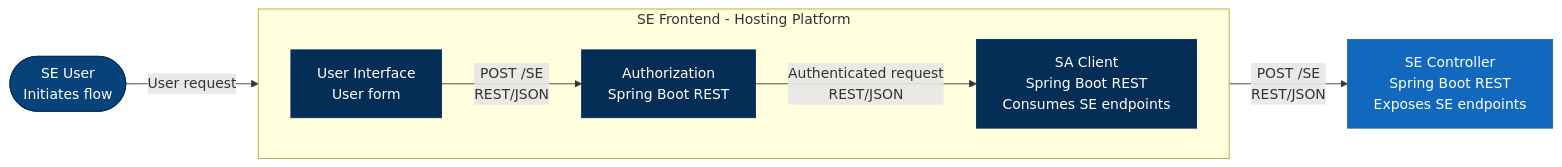
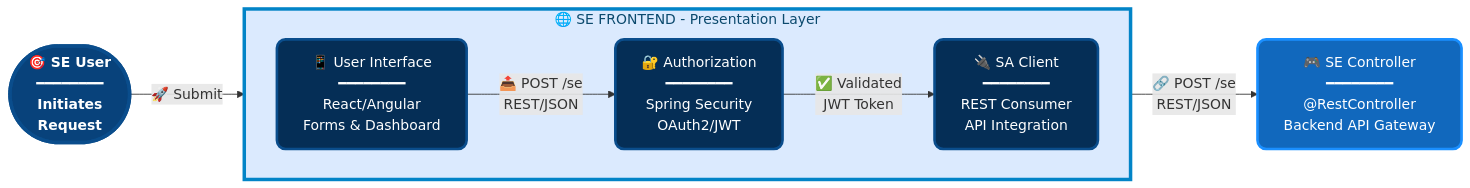
Before and after one commit to tijapavicic/chronos: the diagram in docs/mermaid/se-frontend-flow.mmd, drawn with Mermaid. The commit also changed 3 other files, not shown here.

Commit message:
change subgraph background in mermaid flow diagram

```diff
--- a/docs/mermaid/se-frontend-flow.mmd
+++ b/docs/mermaid/se-frontend-flow.mmd
@@ -1,25 +1,42 @@
 flowchart LR
-%% Define styles
-    classDef frontendPallete fill: #052E56, stroke: #052e56, color: #fff
-    classDef personSe fill: #08427b, stroke: #052e56, color: #fff
-    classDef container fill: #1168bd, stroke: #226984, color: #fff
+%% ============================================================================
+%% SE FRONTEND DETAILED VIEW - LANDSCAPE LAYOUT
+%% ============================================================================
+%% Professional styling with emoji icons and modern design
+%% ============================================================================
 
-%% User
-    user([SE User<br/>Initiates flow]):::personSe
+%% Define professional color palette
+    classDef frontendPallete fill:#052E56,stroke:#0a4d8c,stroke-width:3px,color:#fff,rx:10,ry:10
+    classDef personSe fill:#08427b,stroke:#0a4d8c,stroke-width:4px,color:#fff,rx:15,ry:15,font-weight:bold
+    classDef container fill:#1168bd,stroke:#1a8fff,stroke-width:3px,color:#fff,rx:10,ry:10
 
-%% Frontend Subgraph in Landscape
-    subgraph seFrontend["SE Frontend - Hosting Platform"]
+%% ============================================================================
+%% USER ACTOR
+%% ============================================================================
+    user([🎯 SE User<br/>━━━━━━━━<br/>Initiates<br/>Request]):::personSe
+
+%% ============================================================================
+%% FRONTEND COMPONENTS - LANDSCAPE LAYOUT
+%% ============================================================================
+    subgraph seFrontend["🌐 SE FRONTEND - Presentation Layer"]
         direction LR
-        UI[User Interface<br/>User form]:::frontendPallete
-        authZ[Authorization<br/>Spring Boot REST]:::frontendPallete
-        saClient[SA Client<br/>Spring Boot REST<br/>Consumes SE endpoints]:::frontendPallete
+        UI["📱 User Interface<br/>━━━━━━━━<br/>React/Angular<br/>Forms & Dashboard"]:::frontendPallete
+        authZ["🔐 Authorization<br/>━━━━━━━━<br/>Spring Security<br/>OAuth2/JWT"]:::frontendPallete
+        saClient["🔌 SA Client<br/>━━━━━━━━<br/>REST Consumer<br/>API Integration"]:::frontendPallete
     end
 
-%% Backend API (simplified)
-    apiController[SE Controller<br/>Spring Boot REST<br/>Exposes SE endpoints]:::container
+%% Apply frontend styling
+    style seFrontend fill:#dbeafe,stroke:#0284c7,stroke-width:4px,color:#0c4a6e
 
-%% Relationships
-    user -->|User request| UI
-    UI -->|POST /SE<br/>REST/JSON| authZ
-    authZ -->|Authenticated request<br/>REST/JSON| saClient
-    saClient -->|POST /SE<br/>REST/JSON| apiController
+%% ============================================================================
+%% BACKEND API ENDPOINT
+%% ============================================================================
+    apiController["🎮 SE Controller<br/>━━━━━━━━<br/>@RestController<br/>Backend API Gateway"]:::container
+
+%% ============================================================================
+%% DATA FLOWS
+%% ============================================================================
+    user -->|"🚀 Submit"| UI
+    UI -->|"📤 POST /se<br/>REST/JSON"| authZ
+    authZ -->|"✅ Validated<br/>JWT Token"| saClient
+    saClient -->|"🔗 POST /se<br/>REST/JSON"| apiController
```
